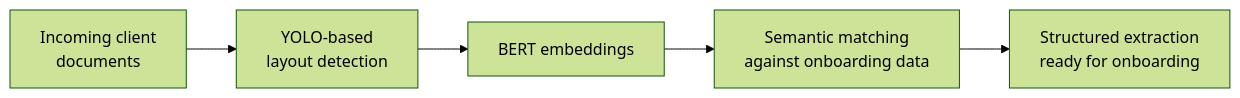
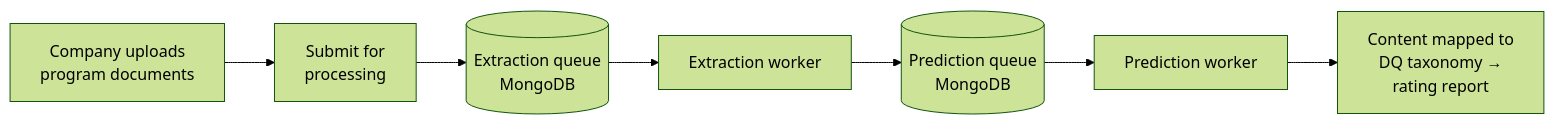
One commit to muhammad-obaidullah/muhammad-obaidullah changed the fifth of 9 diagrams in README.md. Above: the diagram before and after it, drawn with Mermaid (forest theme). The commit also changed other lines of this file, not shown here.

````diff
--- a/README.md
+++ b/README.md
@@ -132,11 +190,15 @@
 ```mermaid
 flowchart LR
-    A[Incoming client
-    documents] --> B[YOLO-based
-    layout detection]
-    B --> C[BERT embeddings]
-    C --> D[Semantic matching
-    against onboarding data]
-    D --> E[Structured extraction
-    ready for onboarding]
+    U[Company uploads
+    program documents] --> SUB[Submit for
+    processing]
+    SUB --> EQ[(Extraction queue
+    MongoDB)]
+    EQ --> EW[Extraction worker]
+    EW --> PQ[(Prediction queue
+    MongoDB)]
+    PQ --> PW[Prediction worker]
+    PW --> REP[Content mapped to
+    DQ taxonomy →
+    rating report]
 ```
````
